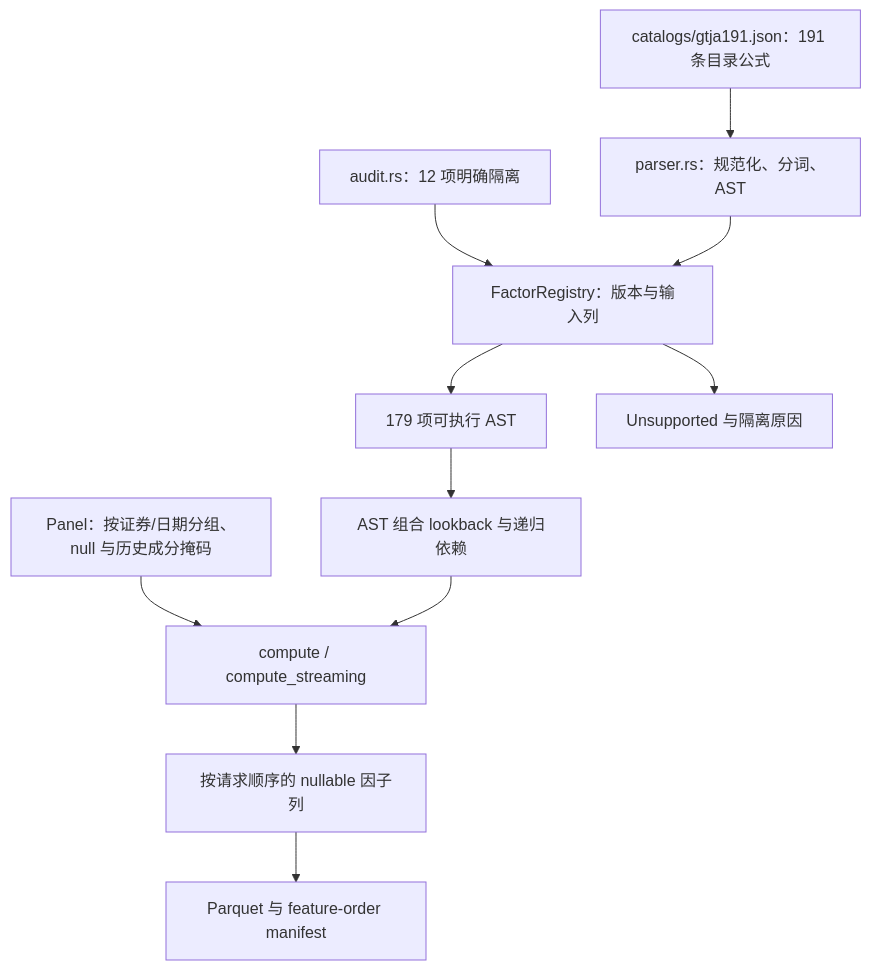
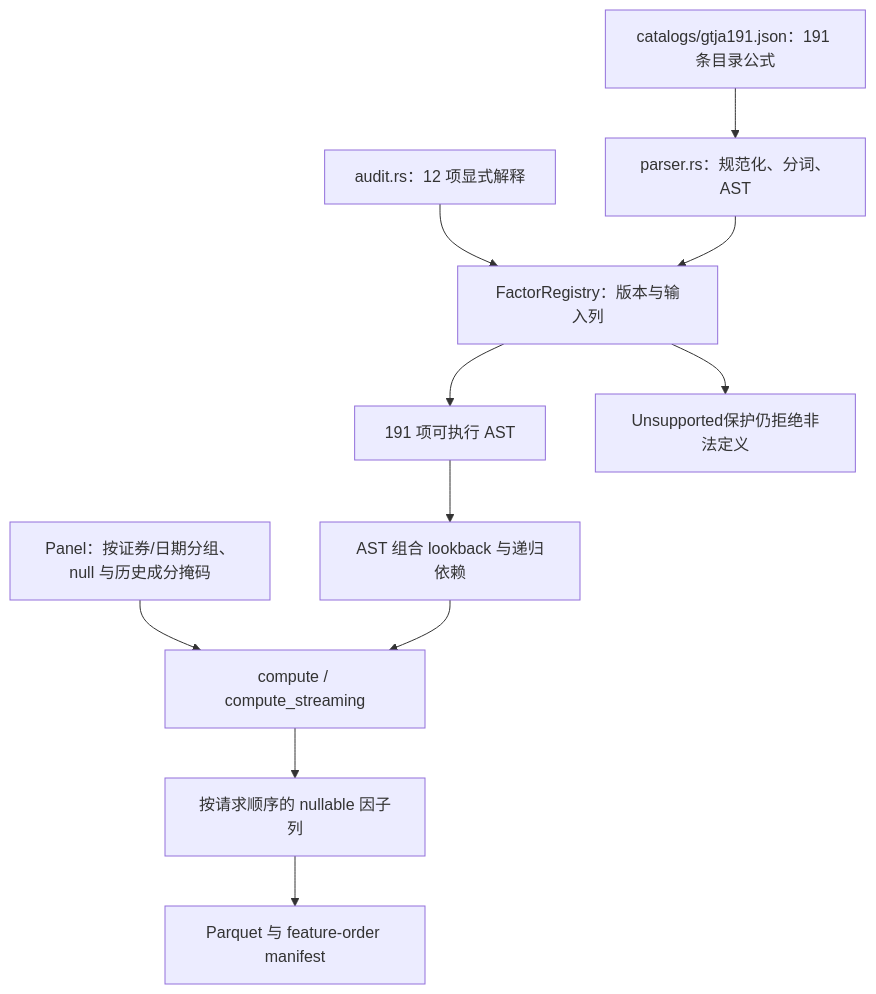
Before and after one commit to Dennishaha/JFQuant: the first of 2 diagrams in crates/factor/src/README.md, drawn with Mermaid. The commit also changed other lines of this file and 100 other files, not shown here.

````diff
--- a/crates/factor/src/README.md
+++ b/crates/factor/src/README.md
@@ -16,13 +16,13 @@
 ```mermaid
 flowchart TD
   FORM["catalogs/gtja191.json：191 条目录公式"] --> PARSE["parser.rs：规范化、分词、AST"]
-  AUDIT["audit.rs：12 项明确隔离"] --> REG["FactorRegistry：版本与输入列"]
+  AUDIT["audit.rs：12 项显式解释"] --> REG["FactorRegistry：版本与输入列"]
   PARSE --> REG
-  REG --> READY["179 项可执行 AST"]
-  REG --> STOP["Unsupported 与隔离原因"]
+  REG --> READY["191 项可执行 AST"]
+  REG --> STOP["Unsupported保护仍拒绝非法定义"]
   READY --> META["AST 组合 lookback 与递归依赖"]
   PANEL["Panel：按证券/日期分组、null 与历史成分掩码"] --> EXEC["compute / compute_streaming"]
   META --> EXEC
   EXEC --> COLS["按请求顺序的 nullable 因子列"]
   COLS --> OUTPUT["Parquet 与 feature-order manifest"]
 ```
````
